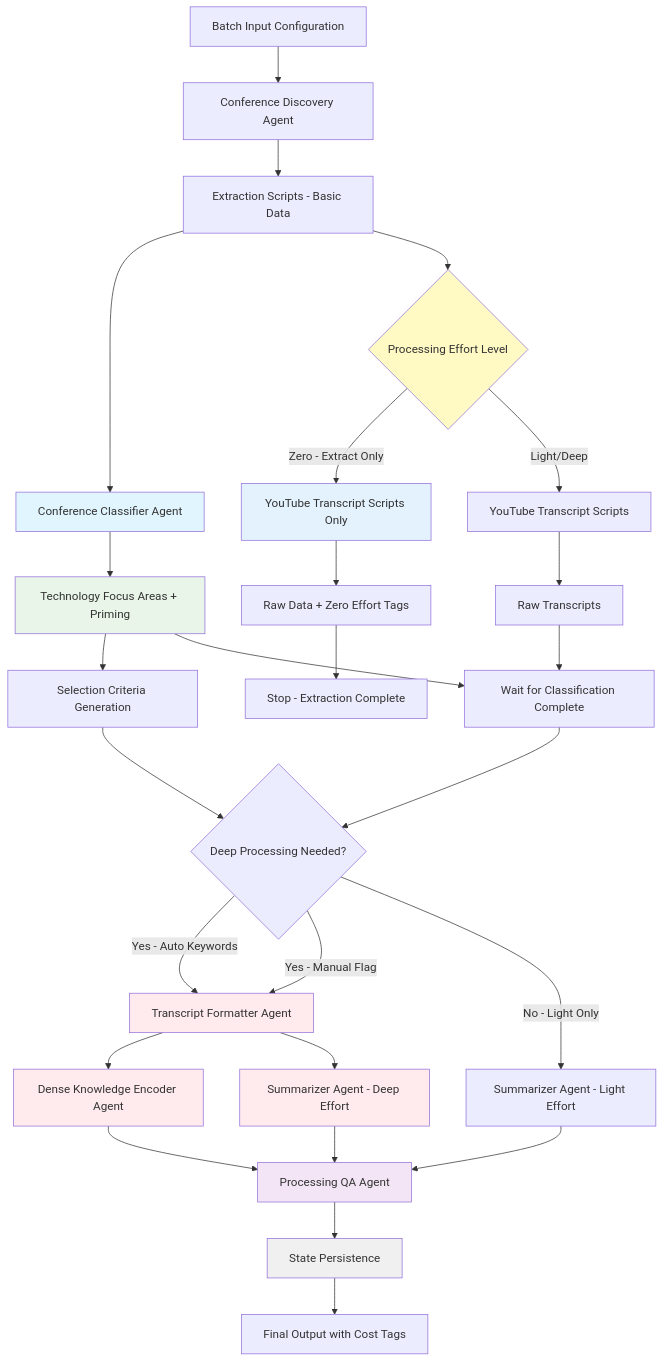
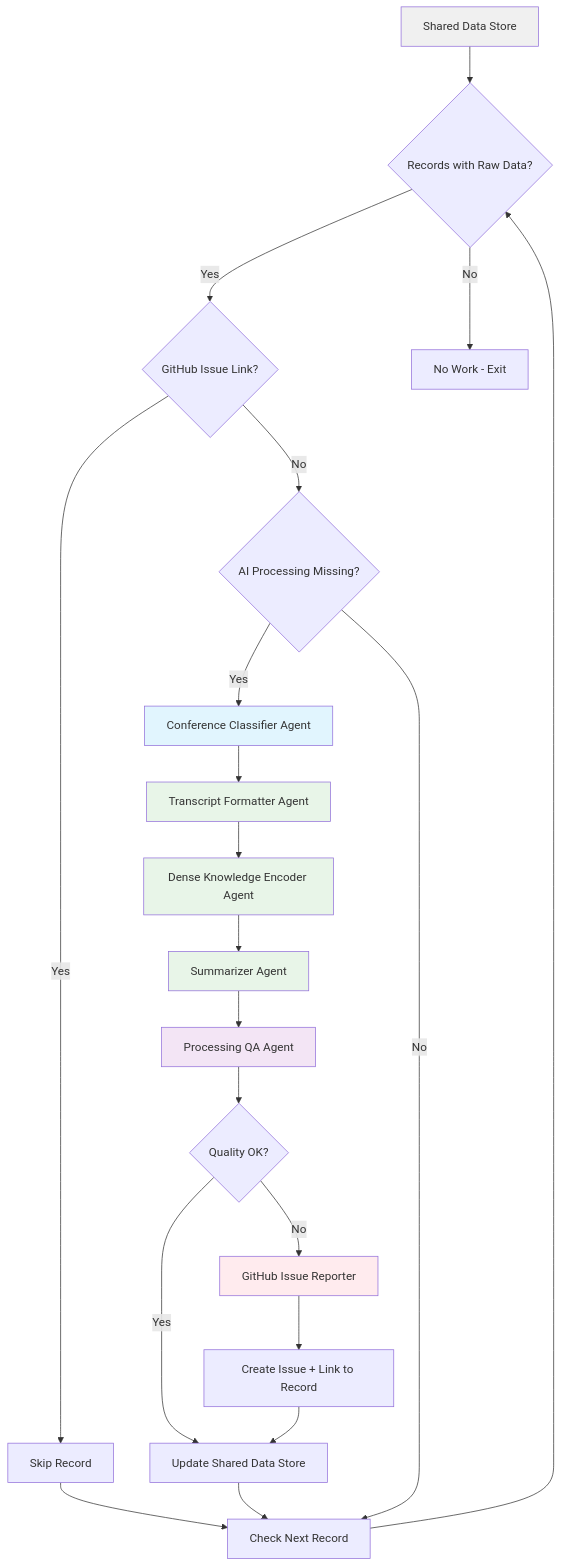
The fifth of 9 diagrams in specs/conference-extractor/requirements.md (lago-morph/conference-summaries), drawn with Mermaid before and after one commit. The commit also changed other lines of this file and 1 other file, not shown here.

````diff
--- a/specs/conference-extractor/requirements.md
+++ b/specs/conference-extractor/requirements.md
@@ -275,47 +397,30 @@
 ```mermaid
 graph TD
-    A[Batch Input Configuration] --> B[Conference Discovery Agent]
-    B --> C[Extraction Scripts - Basic Data]
+    A[Shared Data Store] --> B{Records with Raw Data?}
+    B -->|Yes| C{GitHub Issue Link?}
+    B -->|No| Z[No Work - Exit]
+    C -->|Yes| D[Skip Record]
+    C -->|No| E{AI Processing Missing?}
+    E -->|Yes| F[Conference Classifier Agent]
+    E -->|No| G[Check Next Record]
+    F --> H[Transcript Formatter Agent]
+    H --> I[Dense Knowledge Encoder Agent]
+    I --> J[Summarizer Agent]
+    J --> K[Processing QA Agent]
+    K --> L{Quality OK?}
+    L -->|Yes| M[Update Shared Data Store]
+    L -->|No| N[GitHub Issue Reporter]
+    N --> O[Create Issue + Link to Record]
+    O --> M
+    D --> G
+    M --> G
+    G --> B
     
-    C --> CC[Conference Classifier Agent]
-    C --> D{Processing Effort Level}
-    D -->|Zero - Extract Only| E[YouTube Transcript Scripts Only]
-    D -->|Light/Deep| F[YouTube Transcript Scripts]
-    
-    E --> H[Raw Data + Zero Effort Tags]
-    H --> I[Stop - Extraction Complete]
-    
-    CC --> J[Technology Focus Areas + Priming]
-    F --> K[Raw Transcripts]
-    
-    J --> L[Selection Criteria Generation]
-    J --> M[Wait for Classification Complete]
-    K --> M
-    
-    M --> N{Deep Processing Needed?}
-    L --> N
-    
-    N -->|Yes - Auto Keywords| O[Transcript Formatter Agent]
-    N -->|Yes - Manual Flag| O
-    N -->|No - Light Only| P[Summarizer Agent - Light Effort]
-    
-    O --> Q[Dense Knowledge Encoder Agent]
-    O --> R[Summarizer Agent - Deep Effort]
-    
-    P --> S[Processing QA Agent]
-    Q --> S
-    R --> S
-    
-    S --> T[State Persistence]
-    T --> U[Final Output with Cost Tags]
-    
-    style D fill:#fff9c4
-    style E fill:#e3f2fd
-    style CC fill:#e1f5fe
+    style A fill:#f0f0f0
+    style F fill:#e1f5fe
+    style H fill:#e8f5e8
+    style I fill:#e8f5e8
     style J fill:#e8f5e8
-    style O fill:#ffebee
-    style Q fill:#ffebee
-    style R fill:#ffebee
-    style S fill:#f3e5f5
-    style T fill:#f0f0f0
+    style K fill:#f3e5f5
+    style N fill:#ffebee
 ```
````
